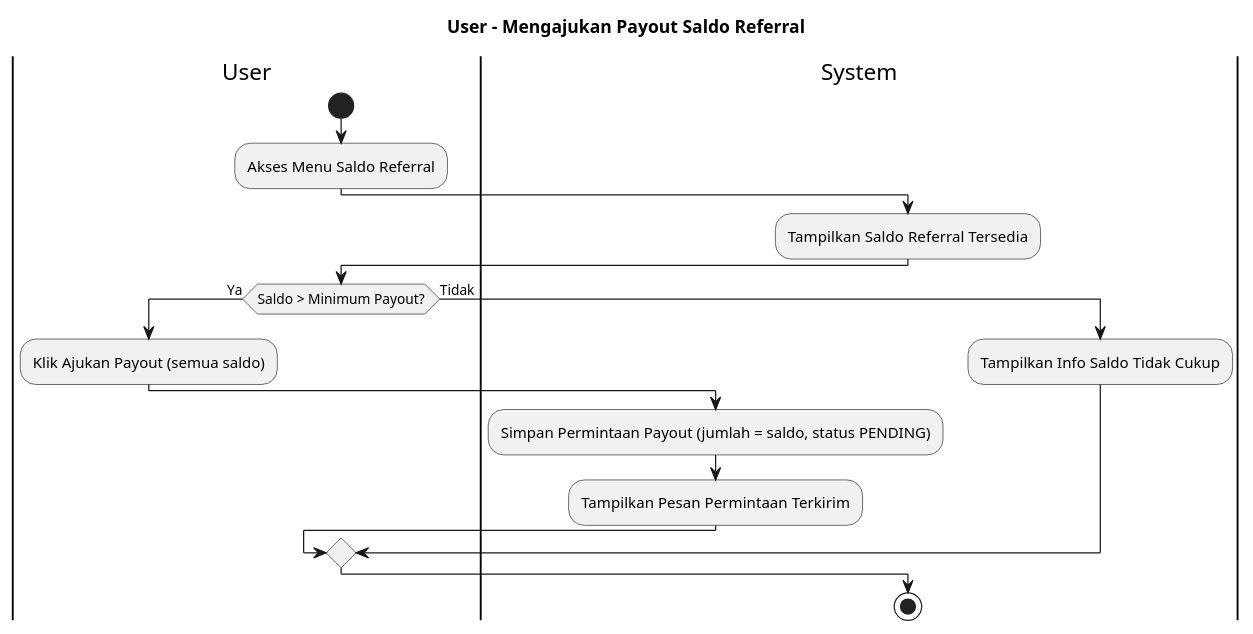
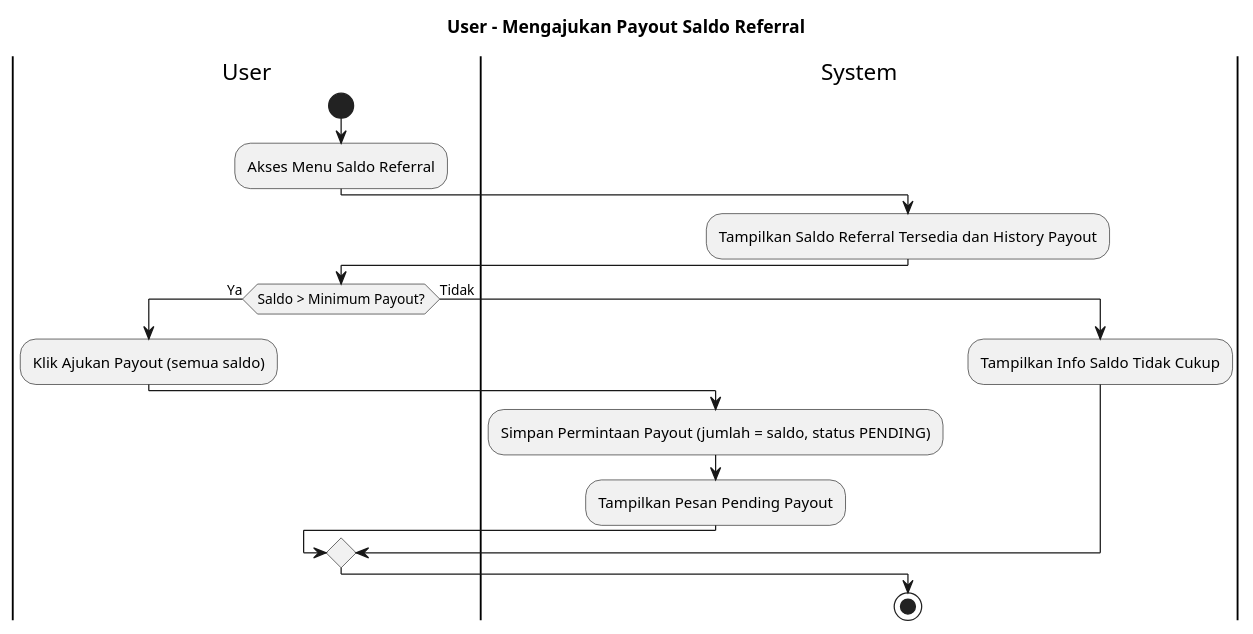
Before and after one commit to aliifam/final-project: the diagram in diagram/raw/ad/user/payout.plantuml, drawn with PlantUML. The commit also changed 75 other files, not shown here.

```diff
--- a/diagram/raw/ad/user/payout.plantuml
+++ b/diagram/raw/ad/user/payout.plantuml
@@ -1,23 +1,23 @@
 @startuml
 title User - Mengajukan Payout Saldo Referral
 
 |User|
 start
 :Akses Menu Saldo Referral;
 
 |System|
-:Tampilkan Saldo Referral Tersedia;
+:Tampilkan Saldo Referral Tersedia dan History Payout;
 
 |User|
 if (Saldo > Minimum Payout?) then (Ya)
     :Klik Ajukan Payout (semua saldo);
 
     |System|
     :Simpan Permintaan Payout (jumlah = saldo, status PENDING);
-    :Tampilkan Pesan Permintaan Terkirim;
+    :Tampilkan Pesan Pending Payout;
 else (Tidak)
     :Tampilkan Info Saldo Tidak Cukup;
 endif
 
 stop
 @enduml
```
